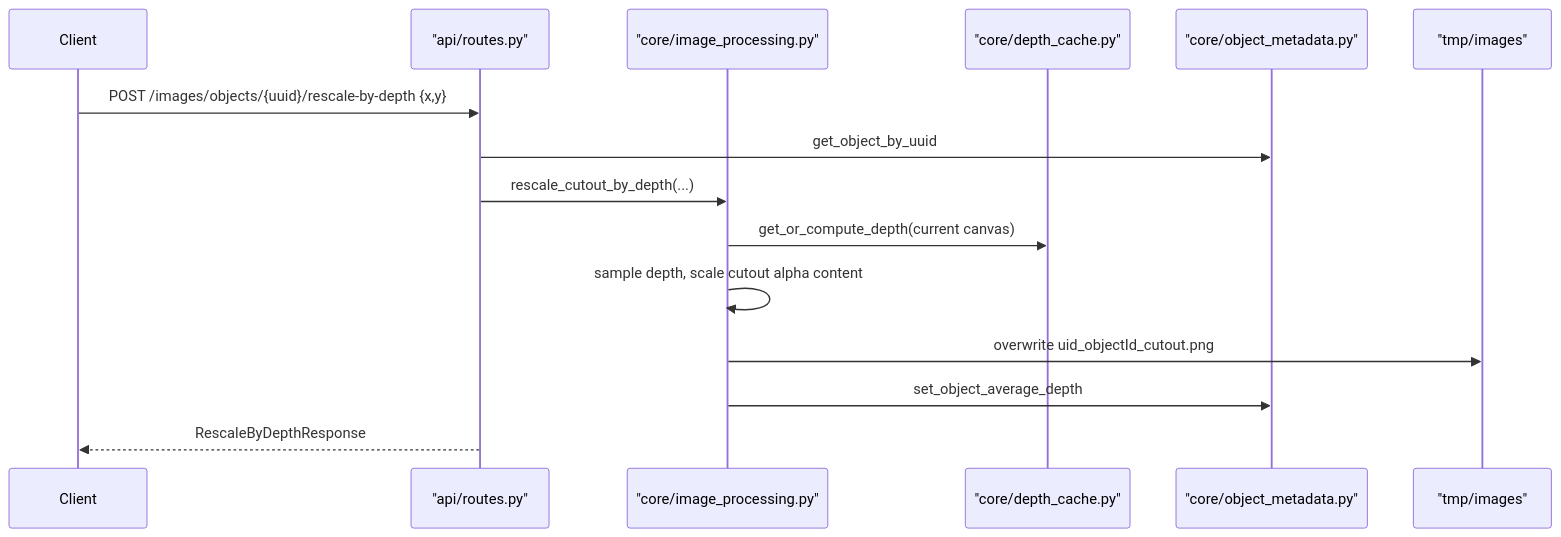
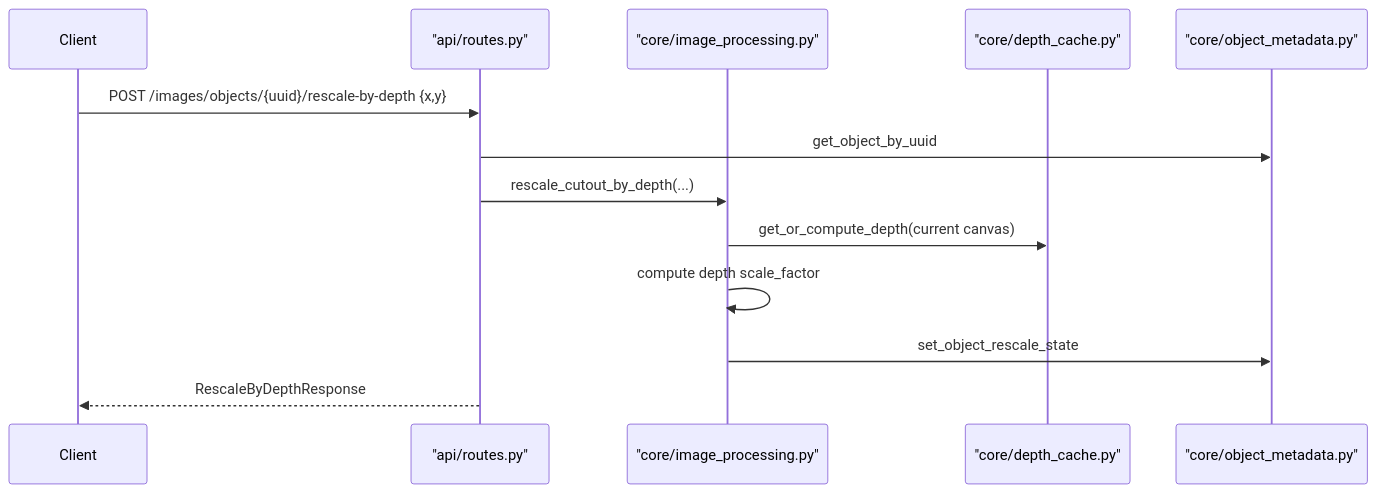
One commit to 1mache/avroom changed the sixth of 6 diagrams in docs/backend/data-flow.md. Above: the diagram before and after it, drawn with Mermaid. The commit also changed other lines of this file and 54 other files, not shown here.

````diff
--- a/docs/backend/data-flow.md
+++ b/docs/backend/data-flow.md
@@ -114,18 +133,16 @@
 ```mermaid
 sequenceDiagram
     participant Client
     participant Router as "api/routes.py"
     participant Core as "core/image_processing.py"
     participant Depth as "core/depth_cache.py"
     participant Meta as "core/object_metadata.py"
-    participant Disk as "tmp/images"
 
     Client->>Router: POST /images/objects/{uuid}/rescale-by-depth {x,y}
     Router->>Meta: get_object_by_uuid
     Router->>Core: rescale_cutout_by_depth(...)
     Core->>Depth: get_or_compute_depth(current canvas)
-    Core->>Core: sample depth, scale cutout alpha content
-    Core->>Disk: overwrite uid_objectId_cutout.png
-    Core->>Meta: set_object_average_depth
+    Core->>Core: compute depth scale_factor
+    Core->>Meta: set_object_rescale_state
     Router-->>Client: RescaleByDepthResponse
 ```
````
